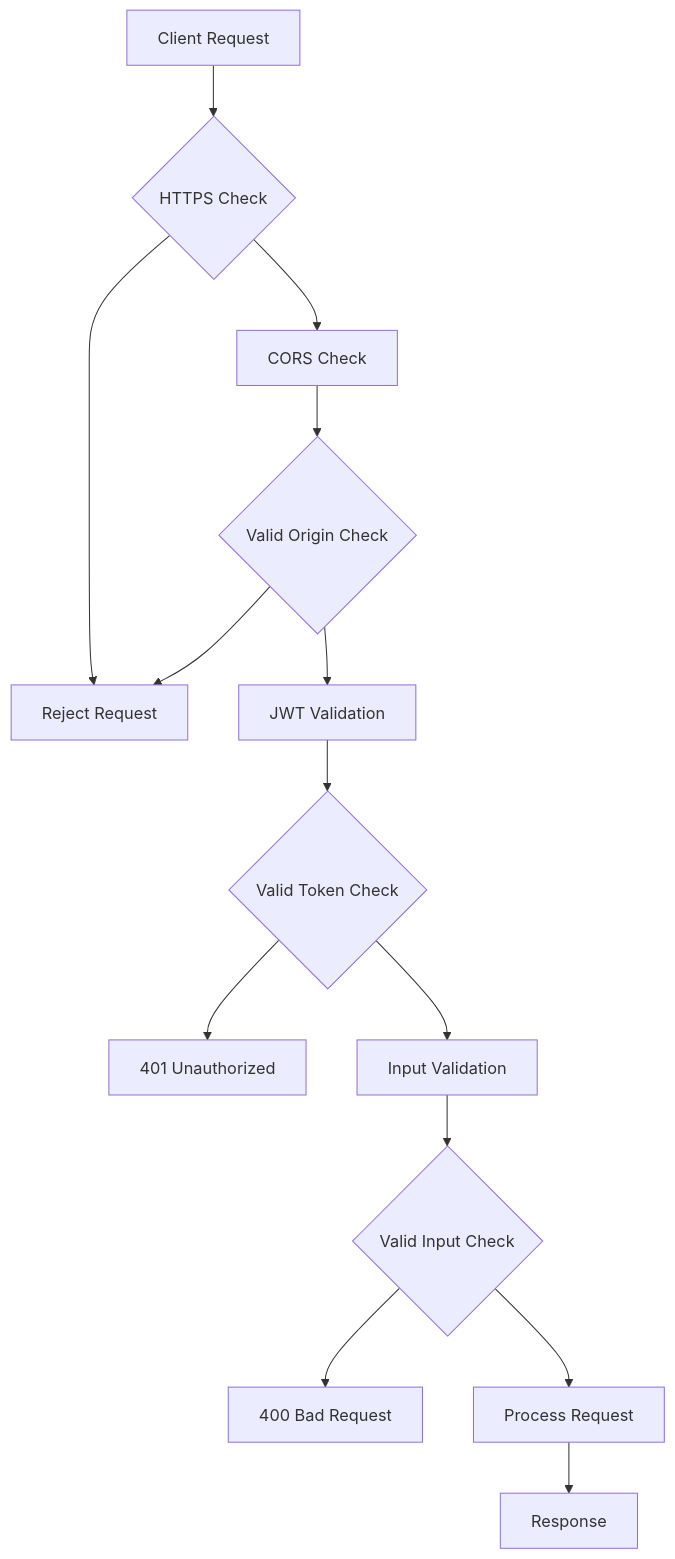
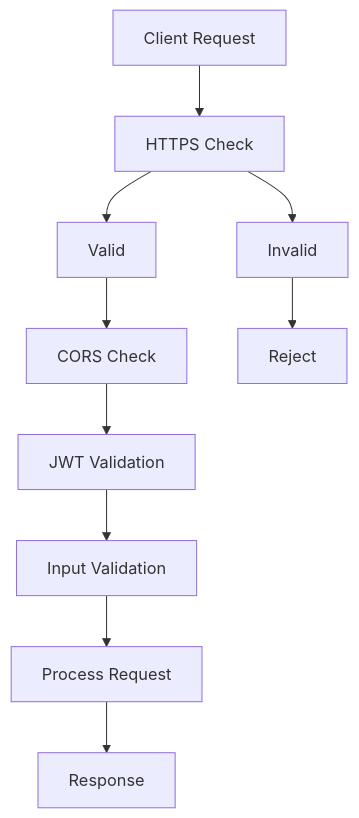
Before and after one commit to BTech20/biometric-auth-system: the sixth of 14 diagrams in ARCHITECTURE.md, drawn with Mermaid. The commit also changed other lines of this file, not shown here.

First line of the commit message:
Simplify all Mermaid diagrams to basic GitHub-compatible syntax

````diff
--- a/ARCHITECTURE.md
+++ b/ARCHITECTURE.md
@@ -212,16 +150,12 @@
 ```mermaid
-graph TB
-    A[Client Request] --> B{HTTPS Check}
-    B --> C[Reject Request]
-    B --> D[CORS Check]
-    D --> E{Valid Origin Check}
-    E --> C
+flowchart TB
+    A[Client Request] --> B[HTTPS Check]
+    B --> C[Valid]
+    B --> D[Invalid]
+    C --> E[CORS Check]
     E --> F[JWT Validation]
-    F --> G{Valid Token Check}
-    G --> H[401 Unauthorized]
-    G --> I[Input Validation]
-    I --> J{Valid Input Check}
-    J --> K[400 Bad Request]
-    J --> L[Process Request]
-    L --> M[Response]
+    F --> G[Input Validation]
+    G --> H[Process Request]
+    H --> I[Response]
+    D --> J[Reject]
 ```
````
